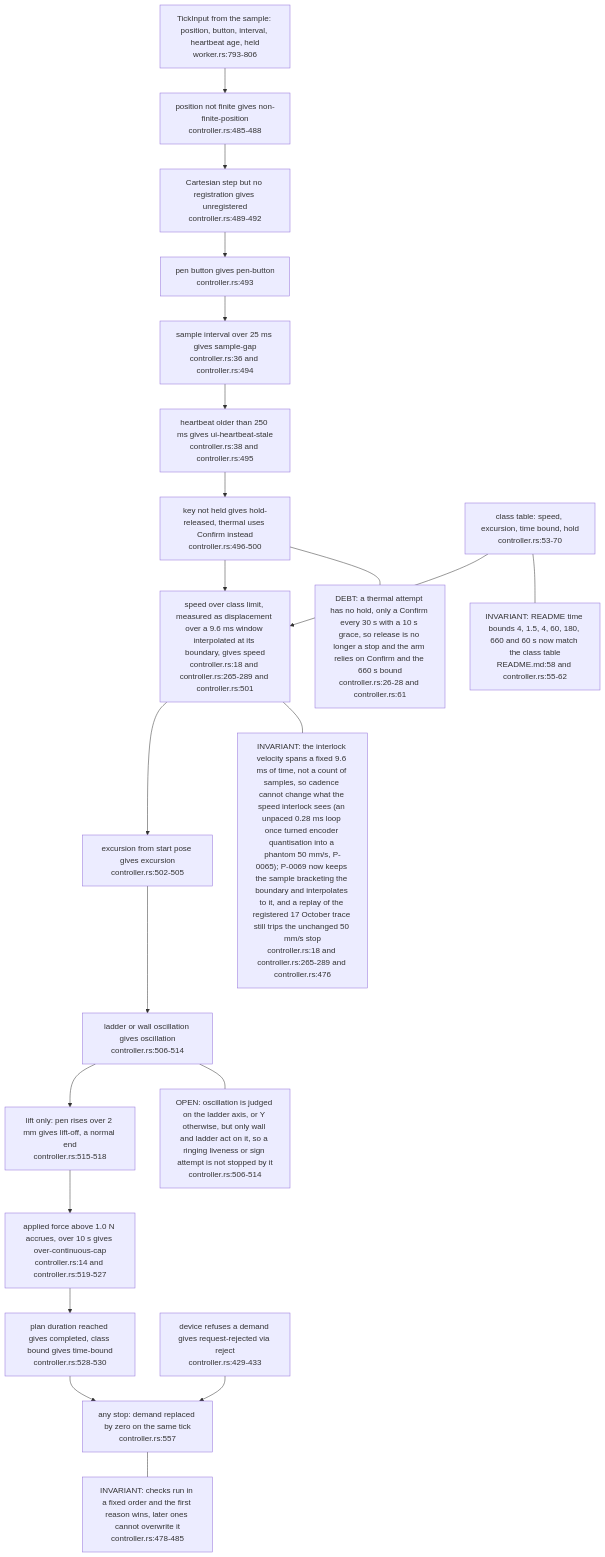
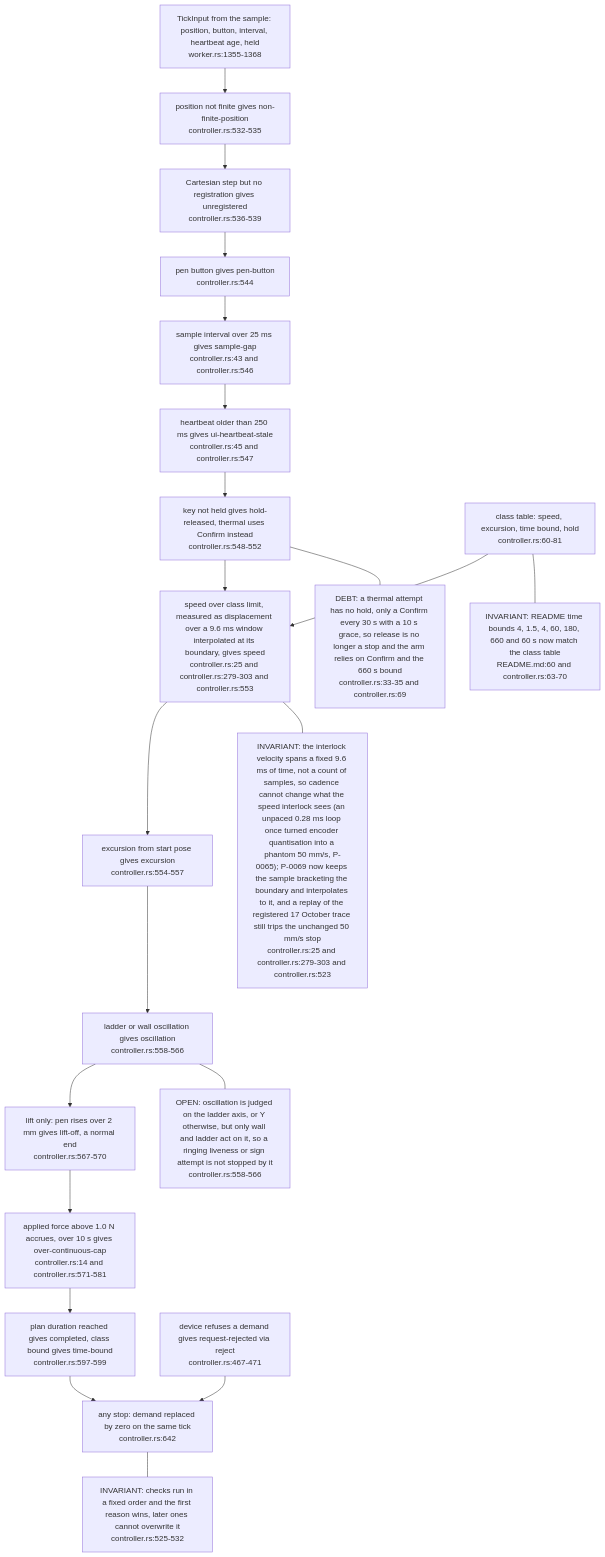
One commit to DreamLab-AI/VisionFlow changed the third of 7 diagrams in docs/diagrams/visiontouch-rs/08-calibration-studio-and-verification-ladder.md. Above: the diagram before and after it, drawn with Mermaid. The commit also changed other lines of this file and 36 other files, not shown here.

First line of the commit message:
docs(diagrams): re-derive and re-stamp agentbox, dream-engine, visioncraft, visiontouch and vowl topics; drop LAN addresses

````diff
--- a/docs/diagrams/visiontouch-rs/08-calibration-studio-and-verification-ladder.md
+++ b/docs/diagrams/visiontouch-rs/08-calibration-studio-and-verification-ladder.md
@@ -137,44 +138,44 @@
 ```mermaid
 flowchart TB
-    IN["TickInput from the sample: position, button, interval, heartbeat age, held<br/>worker.rs:793-806"]
-    NF["position not finite gives non-finite-position<br/>controller.rs:485-488"]
-    UR["Cartesian step but no registration gives unregistered<br/>controller.rs:489-492"]
-    BT["pen button gives pen-button<br/>controller.rs:493"]
-    GAP["sample interval over 25 ms gives sample-gap<br/>controller.rs:36 and controller.rs:494"]
-    HB["heartbeat older than 250 ms gives ui-heartbeat-stale<br/>controller.rs:38 and controller.rs:495"]
-    HOLD["key not held gives hold-released, thermal uses Confirm instead<br/>controller.rs:496-500"]
-    SPD["speed over class limit, measured as displacement over a 9.6 ms window interpolated at its boundary, gives speed<br/>controller.rs:18 and controller.rs:265-289 and controller.rs:501"]
-    EXC["excursion from start pose gives excursion<br/>controller.rs:502-505"]
-    OSC["ladder or wall oscillation gives oscillation<br/>controller.rs:506-514"]
-    LFT["lift only: pen rises over 2 mm gives lift-off, a normal end<br/>controller.rs:515-518"]
-    BUD["applied force above 1.0 N accrues, over 10 s gives over-continuous-cap<br/>controller.rs:14 and controller.rs:519-527"]
-    END["plan duration reached gives completed, class bound gives time-bound<br/>controller.rs:528-530"]
-    ZERO["any stop: demand replaced by zero on the same tick<br/>controller.rs:557"]
-    LIM["class table: speed, excursion, time bound, hold<br/>controller.rs:53-70"]
-    REJ["device refuses a demand gives request-rejected via reject<br/>controller.rs:429-433"]
+    IN["TickInput from the sample: position, button, interval, heartbeat age, held<br/>worker.rs:1355-1368"]
+    NF["position not finite gives non-finite-position<br/>controller.rs:532-535"]
+    UR["Cartesian step but no registration gives unregistered<br/>controller.rs:536-539"]
+    BT["pen button gives pen-button<br/>controller.rs:544"]
+    GAP["sample interval over 25 ms gives sample-gap<br/>controller.rs:43 and controller.rs:546"]
+    HB["heartbeat older than 250 ms gives ui-heartbeat-stale<br/>controller.rs:45 and controller.rs:547"]
+    HOLD["key not held gives hold-released, thermal uses Confirm instead<br/>controller.rs:548-552"]
+    SPD["speed over class limit, measured as displacement over a 9.6 ms window interpolated at its boundary, gives speed<br/>controller.rs:25 and controller.rs:279-303 and controller.rs:553"]
+    EXC["excursion from start pose gives excursion<br/>controller.rs:554-557"]
+    OSC["ladder or wall oscillation gives oscillation<br/>controller.rs:558-566"]
+    LFT["lift only: pen rises over 2 mm gives lift-off, a normal end<br/>controller.rs:567-570"]
+    BUD["applied force above 1.0 N accrues, over 10 s gives over-continuous-cap<br/>controller.rs:14 and controller.rs:571-581"]
+    END["plan duration reached gives completed, class bound gives time-bound<br/>controller.rs:597-599"]
+    ZERO["any stop: demand replaced by zero on the same tick<br/>controller.rs:642"]
+    LIM["class table: speed, excursion, time bound, hold<br/>controller.rs:60-81"]
+    REJ["device refuses a demand gives request-rejected via reject<br/>controller.rs:467-471"]
     IN --> NF
     NF --> UR
     UR --> BT
     BT --> GAP
     GAP --> HB
     HB --> HOLD
     HOLD --> SPD
     SPD --> EXC
     EXC --> OSC
     OSC --> LFT
     LFT --> BUD
     BUD --> END
     END --> ZERO
     LIM --> SPD
     REJ --> ZERO
-    N1["INVARIANT: checks run in a fixed order and the first reason wins, later ones cannot overwrite it<br/>controller.rs:478-485"]
-    N2["INVARIANT: the interlock velocity spans a fixed 9.6 ms of time, not a count of samples, so cadence cannot change what the speed interlock sees (an unpaced 0.28 ms loop once turned encoder quantisation into a phantom 50 mm/s, P-0065); P-0069 now keeps the sample bracketing the boundary and interpolates to it, and a replay of the registered 17 October trace still trips the unchanged 50 mm/s stop<br/>controller.rs:18 and controller.rs:265-289 and controller.rs:476"]
-    N5["INVARIANT: README time bounds 4, 1.5, 4, 60, 180, 660 and 60 s now match the class table<br/>README.md:58 and controller.rs:55-62"]
-    N3["DEBT: a thermal attempt has no hold, only a Confirm every 30 s with a 10 s grace, so release is no longer a stop and the arm relies on Confirm and the 660 s bound<br/>controller.rs:26-28 and controller.rs:61"]
-    N4["OPEN: oscillation is judged on the ladder axis, or Y otherwise, but only wall and ladder act on it, so a ringing liveness or sign attempt is not stopped by it<br/>controller.rs:506-514"]
+    N1["INVARIANT: checks run in a fixed order and the first reason wins, later ones cannot overwrite it<br/>controller.rs:525-532"]
+    N2["INVARIANT: the interlock velocity spans a fixed 9.6 ms of time, not a count of samples, so cadence cannot change what the speed interlock sees (an unpaced 0.28 ms loop once turned encoder quantisation into a phantom 50 mm/s, P-0065); P-0069 now keeps the sample bracketing the boundary and interpolates to it, and a replay of the registered 17 October trace still trips the unchanged 50 mm/s stop<br/>controller.rs:25 and controller.rs:279-303 and controller.rs:523"]
+    N5["INVARIANT: README time bounds 4, 1.5, 4, 60, 180, 660 and 60 s now match the class table<br/>README.md:60 and controller.rs:63-70"]
+    N3["DEBT: a thermal attempt has no hold, only a Confirm every 30 s with a 10 s grace, so release is no longer a stop and the arm relies on Confirm and the 660 s bound<br/>controller.rs:33-35 and controller.rs:69"]
+    N4["OPEN: oscillation is judged on the ladder axis, or Y otherwise, but only wall and ladder act on it, so a ringing liveness or sign attempt is not stopped by it<br/>controller.rs:558-566"]
     ZERO --- N1
     SPD --- N2
     LIM --- N5
     HOLD --- N3
     OSC --- N4
 ```
````
